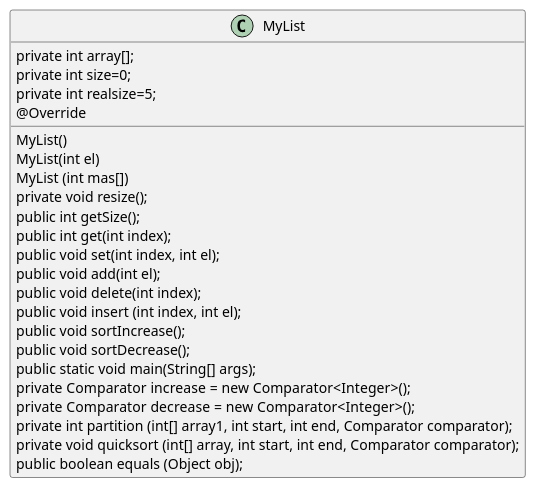
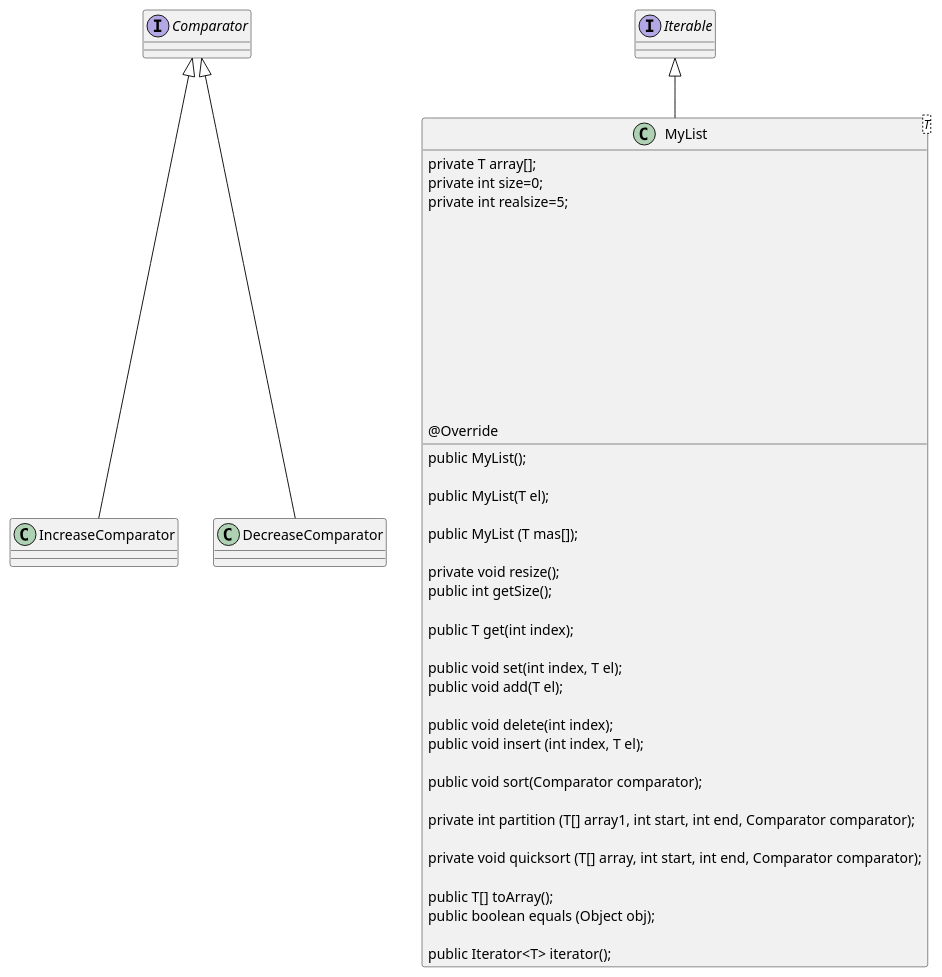
Before and after one commit to lRuslanl/DinamArray: the diagram in README.md, drawn with PlantUML. The commit also changed other lines of this file, not shown here.

```diff
--- a/README.md
+++ b/README.md
@@ -4,28 +1,47 @@
 @startuml
+interface Comparator{
+}
+Comparator <|-- IncreaseComparator
 
-class MyList {
-    private int array[];
+Comparator <|-- DecreaseComparator
+
+class MyList<T> {
+    private T array[];
     private int size=0;
     private int realsize=5;
-    MyList()
-    MyList(int el)
-    MyList (int mas[])
+    public MyList();
+
+    public MyList(T el);
+
+    public MyList (T mas[]);
+
     private void resize();
     public int getSize();
-    public int get(int index);
-    public void set(int index, int el);
-    public void add(int el);
+
+    public T get(int index);
+
+    public void set(int index, T el);
+    public void add(T el);
+
     public void delete(int index);
-    public void insert (int index, int el);
-    public void sortIncrease();
-    public void sortDecrease();
-    public static void main(String[] args);
-    private Comparator increase =  new Comparator<Integer>();
-    private Comparator decrease =  new Comparator<Integer>();
-    private int partition (int[] array1, int start, int end, Comparator comparator);
-    private void quicksort (int[] array, int start, int end, Comparator comparator);
+    public void insert (int index, T el);
+
+    public void sort(Comparator comparator);
+
+    private int partition (T[] array1, int start, int end, Comparator comparator);
+
+    private void quicksort (T[] array, int start, int end, Comparator comparator);
+
+    public T[] toArray();
+
     @Override
     public boolean equals (Object obj);
+
+    public Iterator<T> iterator();
+
 }
 
+interface Iterable{
+}
+Iterable <|-- MyList
 @enduml
```
